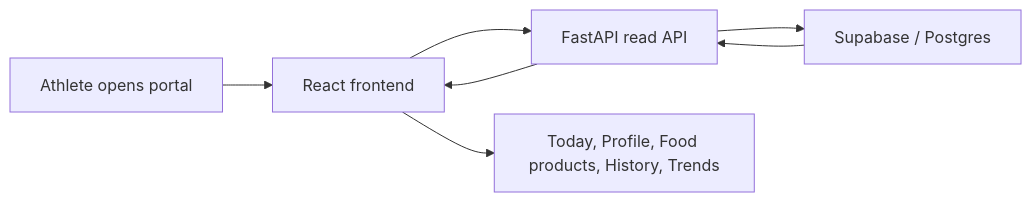
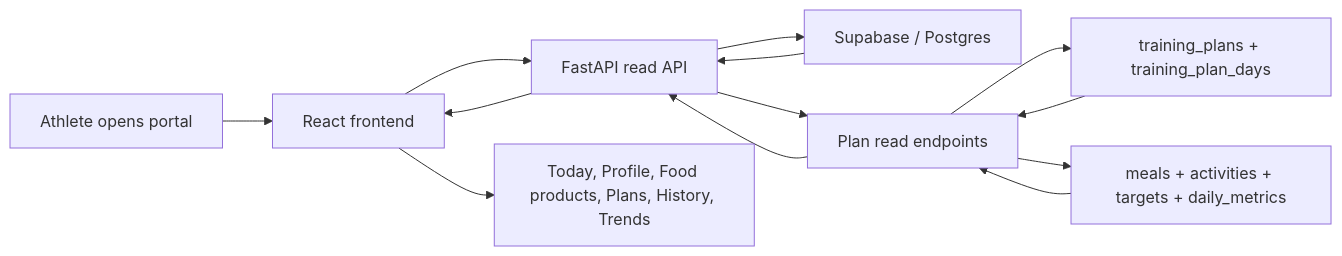
The diagram in docs/APEX_PORTAL_IMPLEMENTATION.md (rodo1985/apex-UI), drawn with Mermaid before and after one commit. The commit also changed other lines of this file and 11 other files, not shown here.

Commit message:
Add read-only training plans portal

````diff
--- a/docs/APEX_PORTAL_IMPLEMENTATION.md
+++ b/docs/APEX_PORTAL_IMPLEMENTATION.md
@@ -43,9 +46,15 @@
 ```mermaid
 flowchart LR
     User["Athlete opens portal"] --> Web["React frontend"]
     Web --> API["FastAPI read API"]
     API --> DB["Supabase / Postgres"]
+    API --> PlanAPI["Plan read endpoints"]
+    PlanAPI --> PlanTables["training_plans + training_plan_days"]
+    PlanAPI --> ActualTables["meals + activities + targets + daily_metrics"]
+    PlanTables --> PlanAPI
+    ActualTables --> PlanAPI
     DB --> API
+    PlanAPI --> API
     API --> Web
-    Web --> Views["Today, Profile, Food products, History, Trends"]
+    Web --> Views["Today, Profile, Food products, Plans, History, Trends"]
 ```
````
